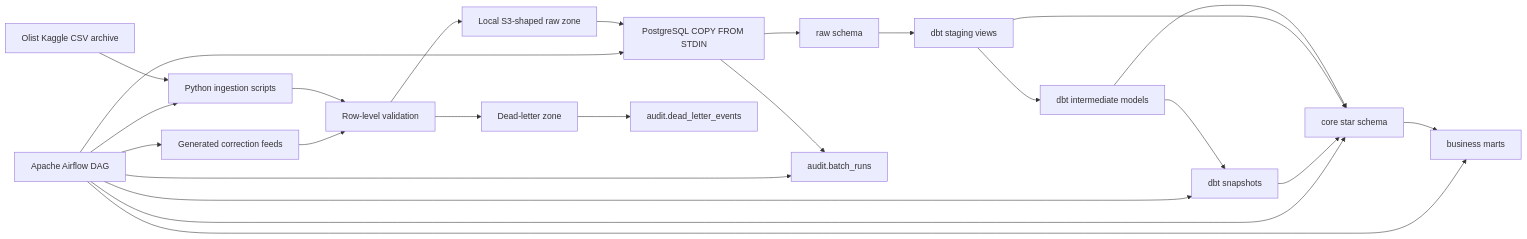
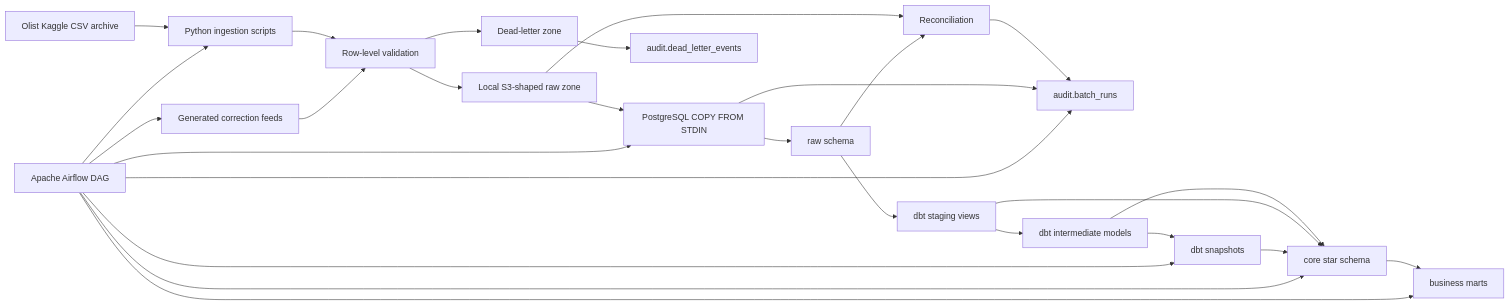
One commit to eugenekarpov/olist-analytics-engineering-pipeline changed the first of 6 diagrams in docs/diagrams.md. Above: the diagram before and after it, drawn with Mermaid. The commit also changed other lines of this file and 15 other files, not shown here.

Commit message:
Add raw load reconciliation gate

````diff
--- a/docs/diagrams.md
+++ b/docs/diagrams.md
@@ -5,44 +5,48 @@
 ```mermaid
 flowchart LR
     source["Olist Kaggle CSV archive"]
     corrections["Generated correction feeds"]
     ingestion["Python ingestion scripts"]
     validation["Row-level validation"]
     rawzone["Local S3-shaped raw zone"]
     dlq["Dead-letter zone"]
     copy["PostgreSQL COPY FROM STDIN"]
+    reconcile["Reconciliation"]
     raw["raw schema"]
     batchcontrol["audit.batch_runs"]
     audit["audit.dead_letter_events"]
     staging["dbt staging views"]
     intermediate["dbt intermediate models"]
     snapshots["dbt snapshots"]
     core["core star schema"]
     marts["business marts"]
     airflow["Apache Airflow DAG"]
 
     airflow --> ingestion
     airflow --> corrections
     airflow --> copy
     airflow --> batchcontrol
     airflow --> snapshots
     airflow --> core
     airflow --> marts
 
     source --> ingestion
     corrections --> validation
     ingestion --> validation
     validation --> rawzone
     validation --> dlq
     dlq --> audit
     rawzone --> copy
     copy --> raw
     copy --> batchcontrol
+    raw --> reconcile
+    rawzone --> reconcile
+    reconcile --> batchcontrol
     raw --> staging
     staging --> intermediate
     intermediate --> snapshots
     snapshots --> core
     staging --> core
     intermediate --> core
     core --> marts
 ```
````
